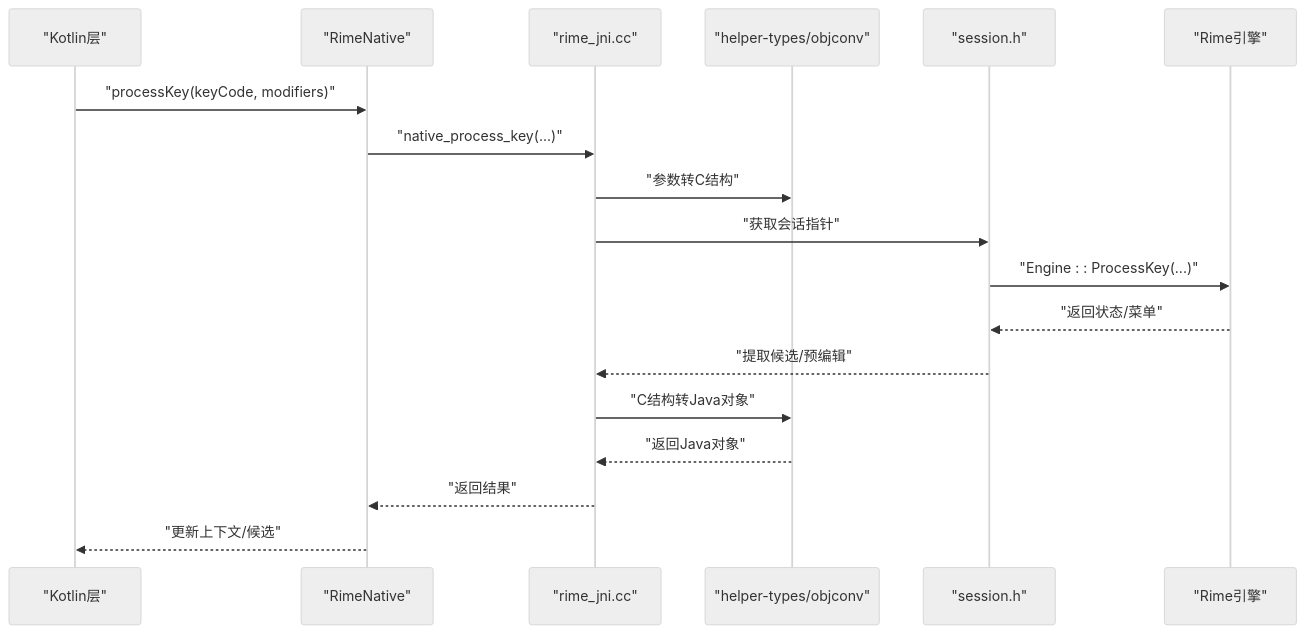
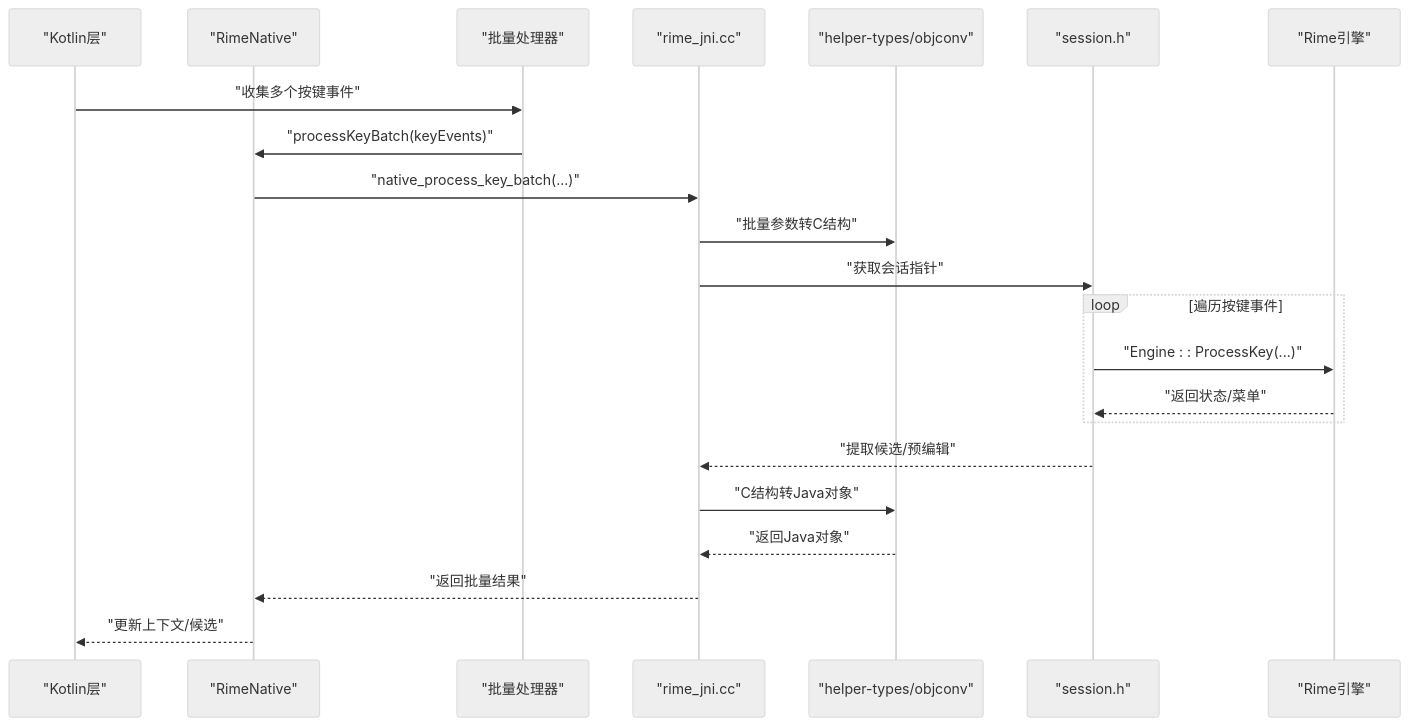
The fifth of 9 diagrams in .qoder/repowiki/zh/content/架构设计/分层架构设计/业务逻辑层/SimpleRimeImpl 核心实现.md (qiaodashaoye/ziyou-ime), drawn with Mermaid (neutral theme) before and after one commit. The commit also changed other lines of this file and 7 other files, not shown here.

````diff
--- a/.qoder/repowiki/zh/content/架构设计/分层架构设计/业务逻辑层/SimpleRimeImpl 核心实现.md
+++ b/.qoder/repowiki/zh/content/架构设计/分层架构设计/业务逻辑层/SimpleRimeImpl 核心实现.md
@@ -235,20 +274,24 @@
 ```mermaid
 sequenceDiagram
 participant K as "Kotlin层"
 participant N as "RimeNative"
+participant B as "批量处理器"
 participant J as "rime_jni.cc"
 participant H as "helper-types/objconv"
 participant S as "session.h"
 participant R as "Rime引擎"
-K->>N : "processKey(keyCode, modifiers)"
-N->>J : "native_process_key(...)"
-J->>H : "参数转C结构"
+K->>B : "收集多个按键事件"
+B->>N : "processKeyBatch(keyEvents)"
+N->>J : "native_process_key_batch(...)"
+J->>H : "批量参数转C结构"
 J->>S : "获取会话指针"
+loop 遍历按键事件
 S->>R : "Engine : : ProcessKey(...)"
 R-->>S : "返回状态/菜单"
+end
 S-->>J : "提取候选/预编辑"
 J->>H : "C结构转Java对象"
 H-->>J : "返回Java对象"
-J-->>N : "返回结果"
+J-->>N : "返回批量结果"
 N-->>K : "更新上下文/候选"
 ```
````
